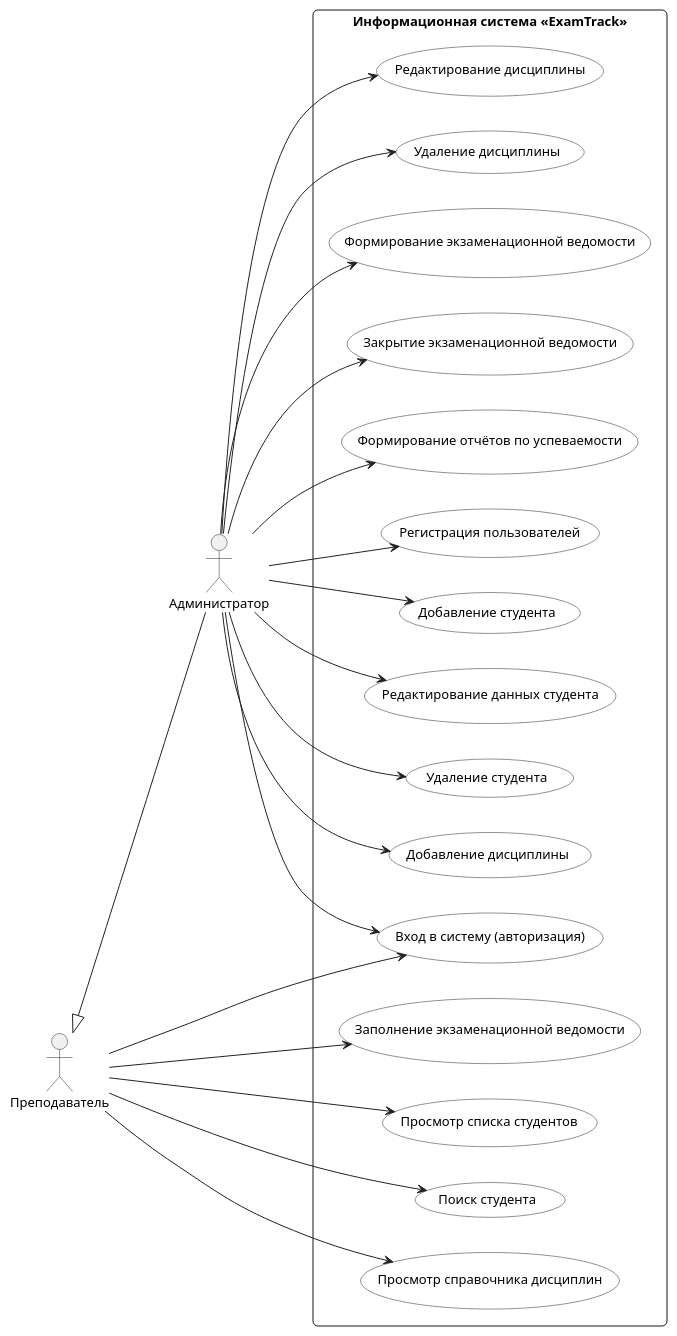
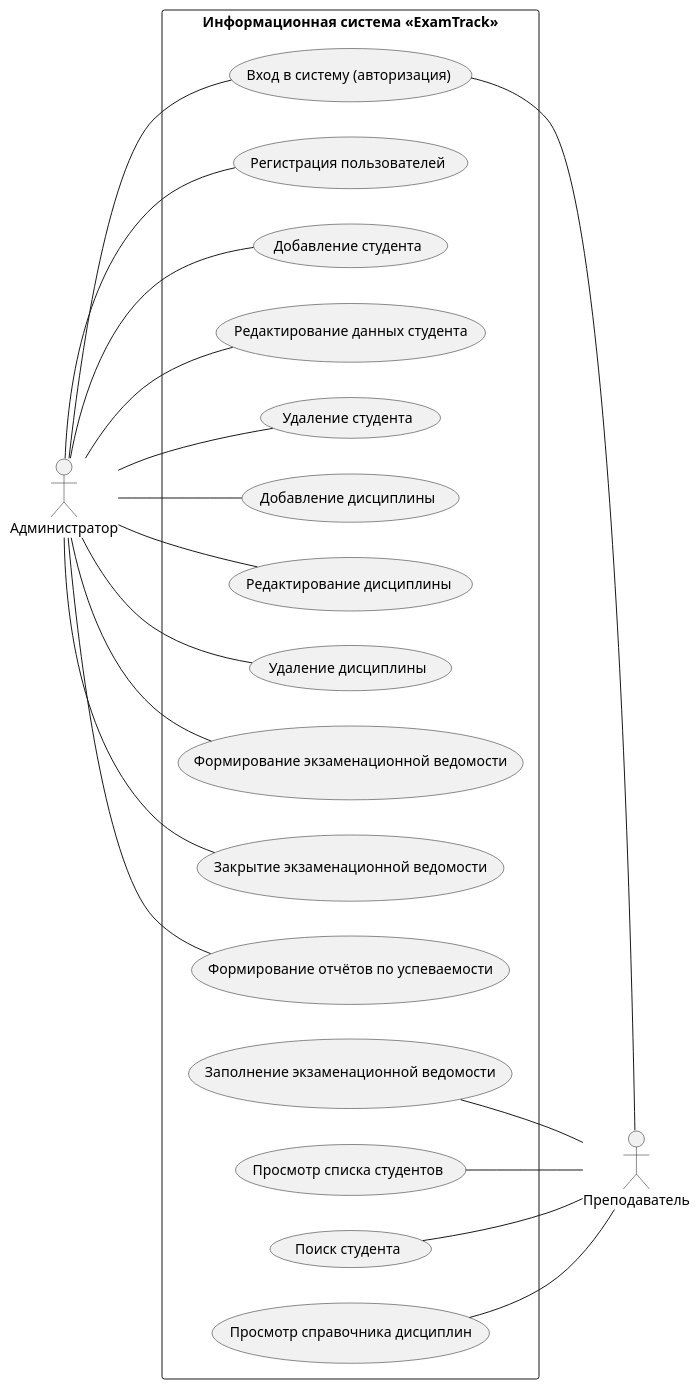
One commit to mari7infp/ExamTrack changed the diagram in docs/UseCase.plantuml. Above: the diagram before and after it, drawn with PlantUML. The commit also changed 1 other file, not shown here.

Commit message:
docs: возврат изображения UseCase.png для отображения

```diff
--- a/docs/UseCase.plantuml
+++ b/docs/UseCase.plantuml
@@ -1,61 +1,54 @@
 @startuml
 left to right direction
 skinparam packageStyle rectangle
-skinparam shadowing false
-skinparam roundcorner 10
-skinparam defaultFontName Arial
-skinparam defaultFontSize 13
-skinparam arrowColor #222222
-skinparam actorBorderColor #222222
-skinparam usecaseBorderColor #222222
-skinparam usecaseBackgroundColor #FFFFFF
 
+actor "Администратор" as Admin
 actor "Преподаватель" as Teacher
-actor "Администратор" as Admin
-
-' Наследование прав
-Admin -up-|> Teacher 
 
 rectangle "Информационная система «ExamTrack»" {
-    usecase "Вход в систему (авторизация)" as UC_Login
-    
-    ' Задачи преподавателя
-    usecase "Заполнение экзаменационной ведомости" as UC2
-    usecase "Просмотр списка студентов" as UC3
-    usecase "Поиск студента" as UC4
-    usecase "Просмотр справочника дисциплин" as UC5
-    
-    ' Задачи администратора
-    usecase "Регистрация пользователей" as UC6
-    usecase "Добавление студента" as UC7
-    usecase "Редактирование данных студента" as UC8
-    usecase "Удаление студента" as UC9
-    usecase "Добавление дисциплины" as UC10
-    usecase "Редактирование дисциплины" as UC11
-    usecase "Удаление дисциплины" as UC12
-    usecase "Формирование экзаменационной ведомости" as UC13
-    usecase "Закрытие экзаменационной ведомости" as UC14
-    usecase "Формирование отчётов по успеваемости" as UC15
+  
+  ' Общий прецедент
+  usecase "Вход в систему (авторизация)" as UC_Login
+  
+  ' Прецеденты администратора (слева)
+  usecase "Регистрация пользователей" as UC_RegUsers
+  usecase "Добавление студента" as UC_AddStudent
+  usecase "Редактирование данных студента" as UC_EditStudent
+  usecase "Удаление студента" as UC_DeleteStudent
+  usecase "Добавление дисциплины" as UC_AddDiscipline
+  usecase "Редактирование дисциплины" as UC_EditDiscipline
+  usecase "Удаление дисциплины" as UC_DeleteDiscipline
+  usecase "Формирование экзаменационной ведомости" as UC_CreateStatement
+  usecase "Закрытие экзаменационной ведомости" as UC_CloseStatement
+  usecase "Формирование отчётов по успеваемости" as UC_CreateReports
+  
+  ' Прецеденты преподавателя (справа)
+  usecase "Заполнение экзаменационной ведомости" as UC_FillStatement
+  usecase "Просмотр списка студентов" as UC_ViewStudents
+  usecase "Поиск студента" as UC_SearchStudent
+  usecase "Просмотр справочника дисциплин" as UC_ViewDisciplines
 }
 
-' Связи преподавателя
-Teacher --> UC_Login
-Teacher --> UC2
-Teacher --> UC3
-Teacher --> UC4
-Teacher --> UC5
+' Связи для входа в систему (по центру)
+Admin -- UC_Login
+UC_Login -- Teacher
 
-' Связи администратора
-Admin --> UC_Login
-Admin --> UC6
-Admin --> UC7
-Admin --> UC8
-Admin --> UC9
-Admin --> UC10
-Admin --> UC11
-Admin --> UC12
-Admin --> UC13
-Admin --> UC14
-Admin --> UC15
+' Связи администратора (отрисовываются слева)
+Admin -- UC_RegUsers
+Admin -- UC_AddStudent
+Admin -- UC_EditStudent
+Admin -- UC_DeleteStudent
+Admin -- UC_AddDiscipline
+Admin -- UC_EditDiscipline
+Admin -- UC_DeleteDiscipline
+Admin -- UC_CreateStatement
+Admin -- UC_CloseStatement
+Admin -- UC_CreateReports
+
+' Связи преподавателя (записаны в обратном порядке для отрисовки справа)
+UC_FillStatement -- Teacher
+UC_ViewStudents -- Teacher
+UC_SearchStudent -- Teacher
+UC_ViewDisciplines -- Teacher
 
 @enduml
```
